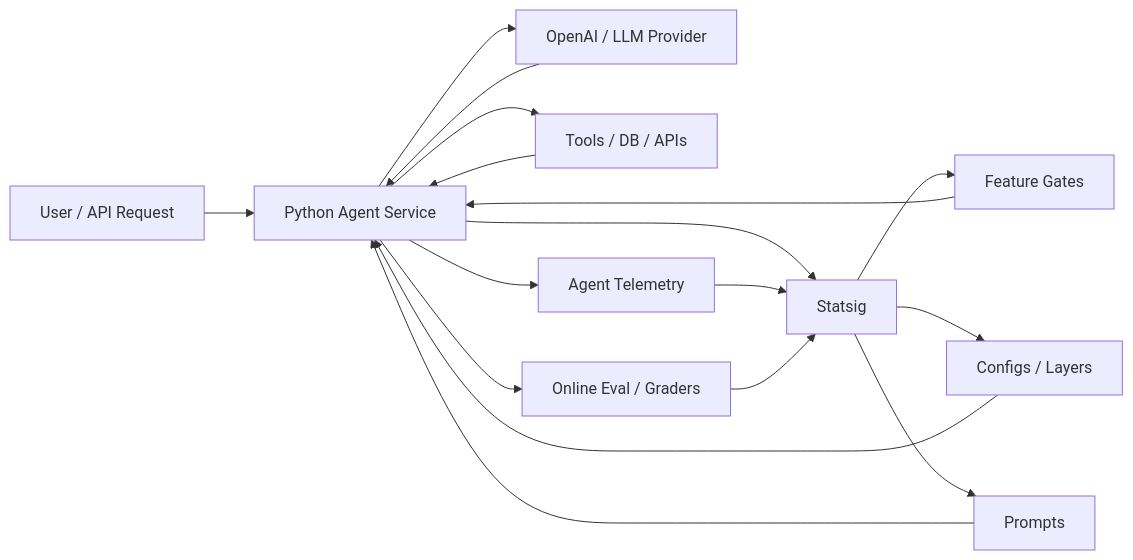
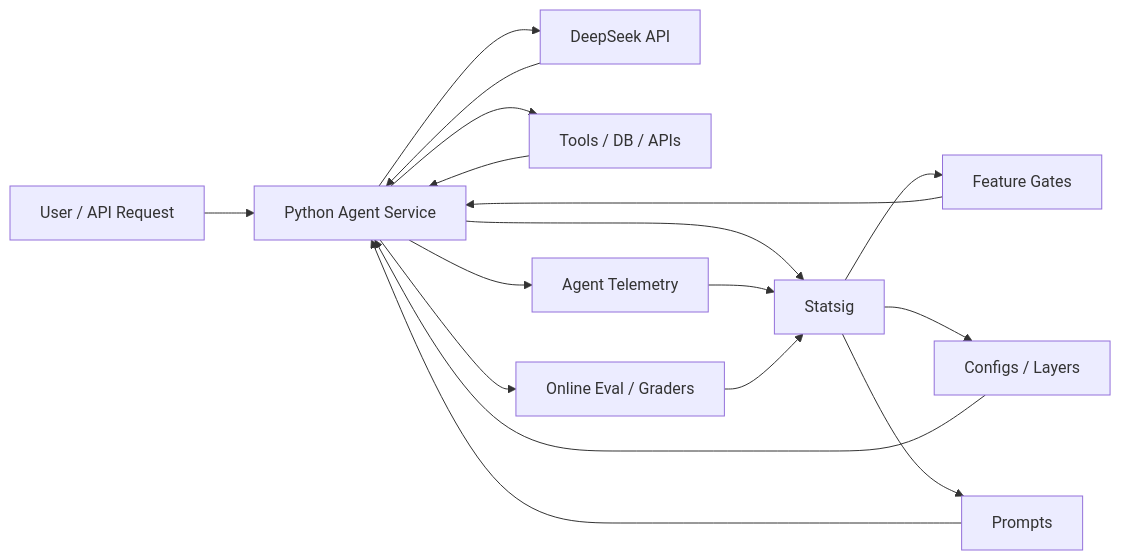
The diagram in docs/statsig_llm_agent.md (stdnthe/growth-data-agent), drawn with Mermaid before and after one commit. The commit also changed other lines of this file and 45 other files, not shown here.

````diff
--- a/docs/statsig_llm_agent.md
+++ b/docs/statsig_llm_agent.md
@@ -12,20 +12,20 @@
 ```mermaid
 flowchart LR
     U["User / API Request"] --> A["Python Agent Service"]
     A --> S["Statsig"]
     S --> G["Feature Gates"]
     S --> C["Configs / Layers"]
     S --> P["Prompts"]
-    A --> O["OpenAI / LLM Provider"]
+    A --> O["DeepSeek API"]
     A --> T["Tools / DB / APIs"]
     A --> E["Agent Telemetry"]
     E --> S
     A --> R["Online Eval / Graders"]
     R --> S
 
     G --> A
     C --> A
     P --> A
     O --> A
     T --> A
 ```
````
